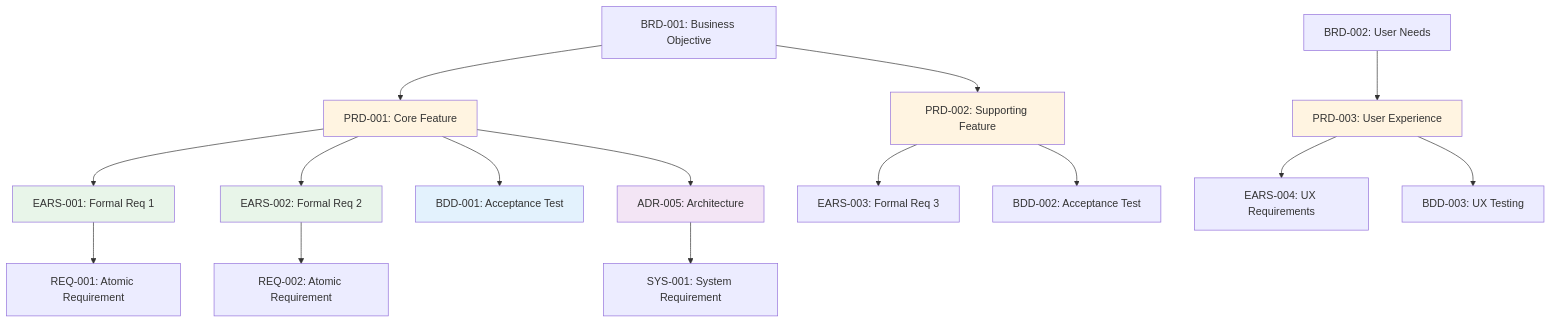
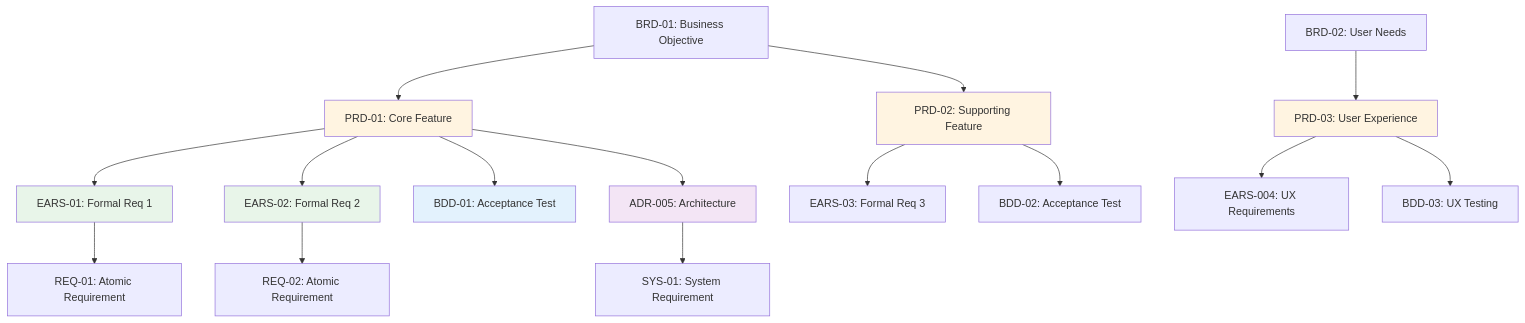
The diagram in ai_dev_flow/PRD/PRD-000_TRACEABILITY_MATRIX-TEMPLATE.md (vladm3105/aidoc-flow-framework), drawn with Mermaid before and after one commit. The commit also changed other lines of this file and 215 other files, not shown here.

````diff
--- a/ai_dev_flow/PRD/PRD-000_TRACEABILITY_MATRIX-TEMPLATE.md
+++ b/ai_dev_flow/PRD/PRD-000_TRACEABILITY_MATRIX-TEMPLATE.md
@@ -243,29 +243,29 @@
 ```mermaid
 graph TD
-    BRD001[BRD-001: Business Objective] --> PRD001[PRD-001: Core Feature]
-    BRD001 --> PRD002[PRD-002: Supporting Feature]
-    BRD002[BRD-002: User Needs] --> PRD003[PRD-003: User Experience]
+    BRD001[BRD-01: Business Objective] --> PRD001[PRD-01: Core Feature]
+    BRD001 --> PRD002[PRD-02: Supporting Feature]
+    BRD002[BRD-02: User Needs] --> PRD003[PRD-03: User Experience]
 
-    PRD001 --> EARS001[EARS-001: Formal Req 1]
-    PRD001 --> EARS002[EARS-002: Formal Req 2]
-    PRD001 --> BDD001[BDD-001: Acceptance Test]
+    PRD001 --> EARS001[EARS-01: Formal Req 1]
+    PRD001 --> EARS002[EARS-02: Formal Req 2]
+    PRD001 --> BDD001[BDD-01: Acceptance Test]
     PRD001 --> ADR005[ADR-005: Architecture]
 
-    PRD002 --> EARS003[EARS-003: Formal Req 3]
-    PRD002 --> BDD002[BDD-002: Acceptance Test]
+    PRD002 --> EARS003[EARS-03: Formal Req 3]
+    PRD002 --> BDD002[BDD-02: Acceptance Test]
 
     PRD003 --> EARS004[EARS-004: UX Requirements]
-    PRD003 --> BDD003[BDD-003: UX Testing]
+    PRD003 --> BDD003[BDD-03: UX Testing]
 
-    EARS001 --> REQ001[REQ-001: Atomic Requirement]
-    EARS002 --> REQ002[REQ-002: Atomic Requirement]
-    ADR005 --> SYS001[SYS-001: System Requirement]
+    EARS001 --> REQ01[REQ-01: Atomic Requirement]
+    EARS002 --> REQ02[REQ-02: Atomic Requirement]
+    ADR005 --> SYS001[SYS-01: System Requirement]
 
     style PRD001 fill:#fff4e1
     style PRD002 fill:#fff4e1
     style PRD003 fill:#fff4e1
     style EARS001 fill:#e8f5e9
     style EARS002 fill:#e8f5e9
     style BDD001 fill:#e3f2fd
     style ADR005 fill:#f3e5f5
 ```
````
